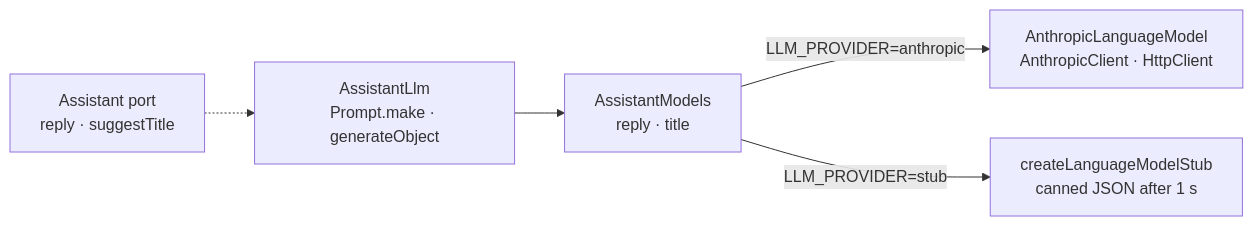
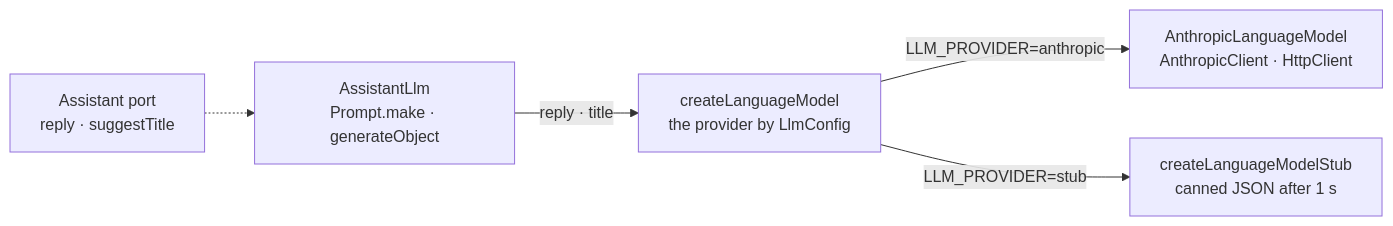
One commit to khotei/app-template changed the diagram in docs/knowledge/ai.md. Above: the diagram before and after it, drawn with Mermaid. The commit also changed other lines of this file and 17 other files, not shown here.

````diff
--- a/docs/knowledge/ai.md
+++ b/docs/knowledge/ai.md
@@ -18,7 +19,7 @@
 ```mermaid
 graph LR
   P["Assistant port<br/>reply · suggestTitle"] -.-> L["AssistantLlm<br/>Prompt.make · generateObject"]
-  L --> M["AssistantModels<br/>reply · title"]
-  M -->|"LLM_PROVIDER=anthropic"| A["AnthropicLanguageModel<br/>AnthropicClient · HttpClient"]
-  M -->|"LLM_PROVIDER=stub"| S["createLanguageModelStub<br/>canned JSON after 1 s"]
+  L -->|"reply · title"| K["createLanguageModel<br/>the provider by LlmConfig"]
+  K -->|"LLM_PROVIDER=anthropic"| A["AnthropicLanguageModel<br/>AnthropicClient · HttpClient"]
+  K -->|"LLM_PROVIDER=stub"| S["createLanguageModelStub<br/>canned JSON after 1 s"]
 ```
````
